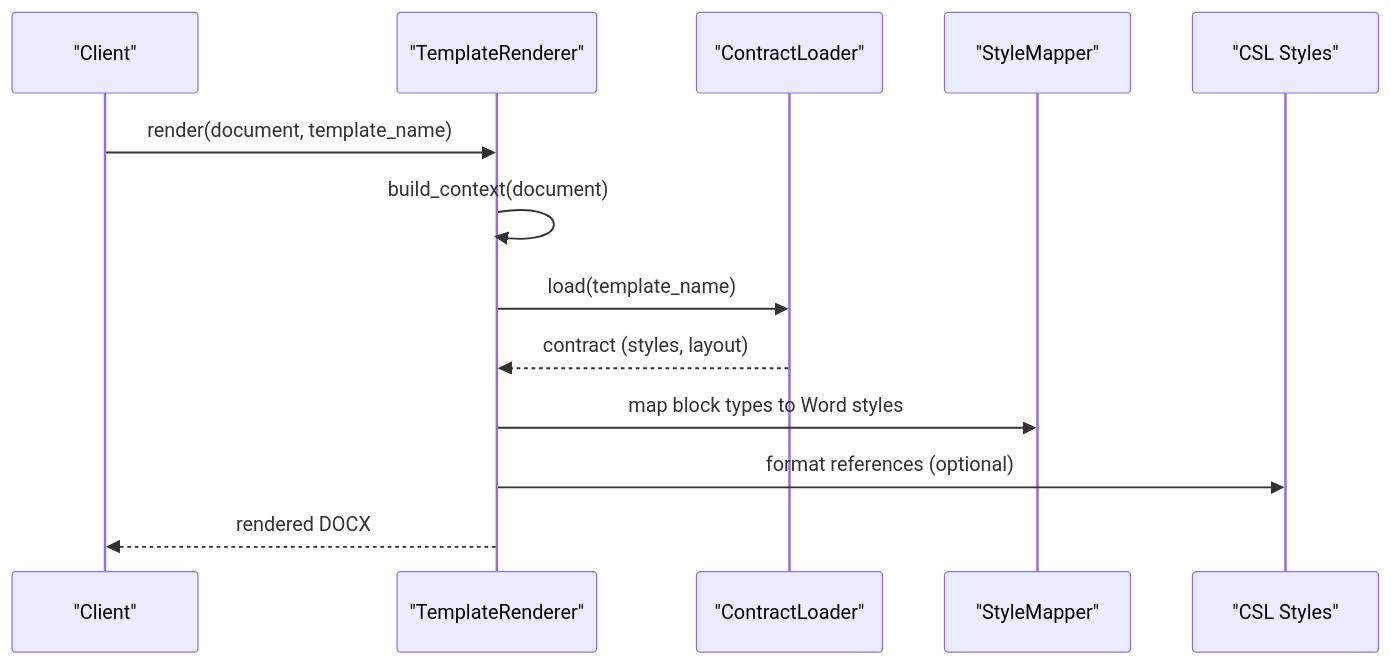
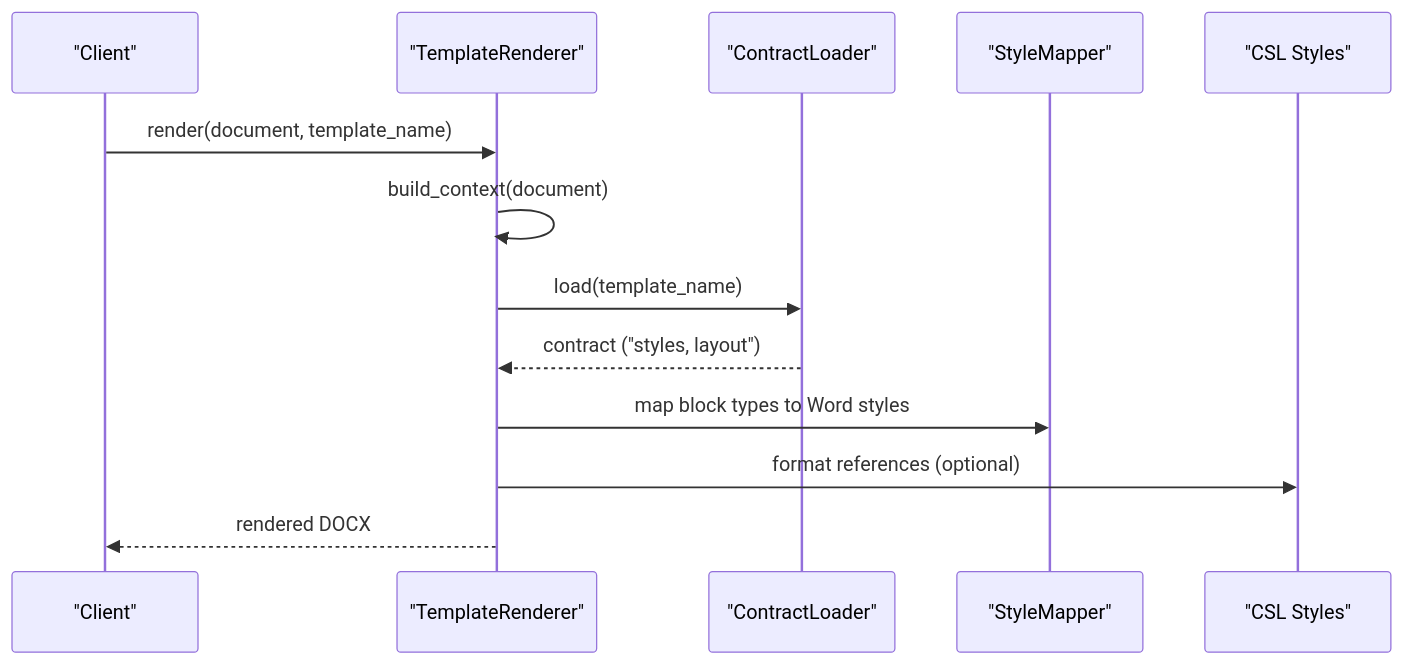
Before and after one commit to rohitkumarnaidu/ScholarFormAI: the second of 5 diagrams in docs/docs/knowledge/Template System/Academic Templates.md, drawn with Mermaid. The commit also changed other lines of this file and 611 other files, not shown here.

````diff
--- a/docs/docs/knowledge/Template System/Academic Templates.md
+++ b/docs/docs/knowledge/Template System/Academic Templates.md
@@ -128,15 +128,15 @@
 ```mermaid
 sequenceDiagram
 participant Client as "Client"
 participant TR as "TemplateRenderer"
 participant CL as "ContractLoader"
 participant SM as "StyleMapper"
 participant CS as "CSL Styles"
 Client->>TR : render(document, template_name)
 TR->>TR : build_context(document)
 TR->>CL : load(template_name)
-CL-->>TR : contract (styles, layout)
+CL-->>TR : contract ("styles, layout")
 TR->>SM : map block types to Word styles
 TR->>CS : format references (optional)
 TR-->>Client : rendered DOCX
 ```
````
